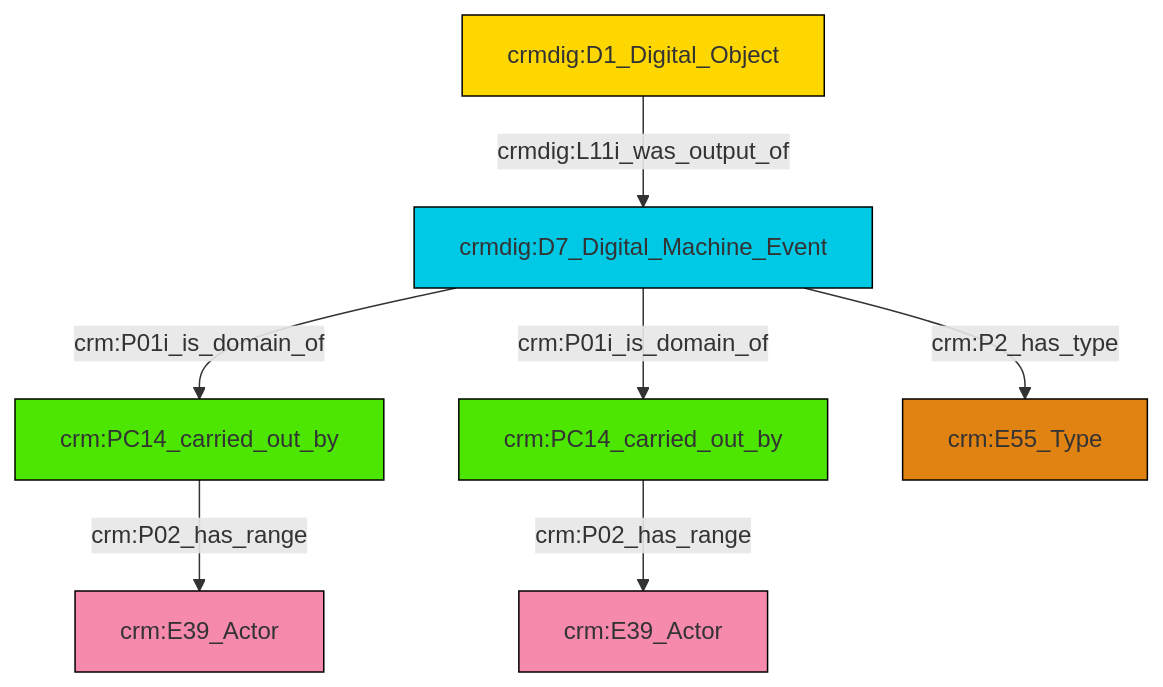
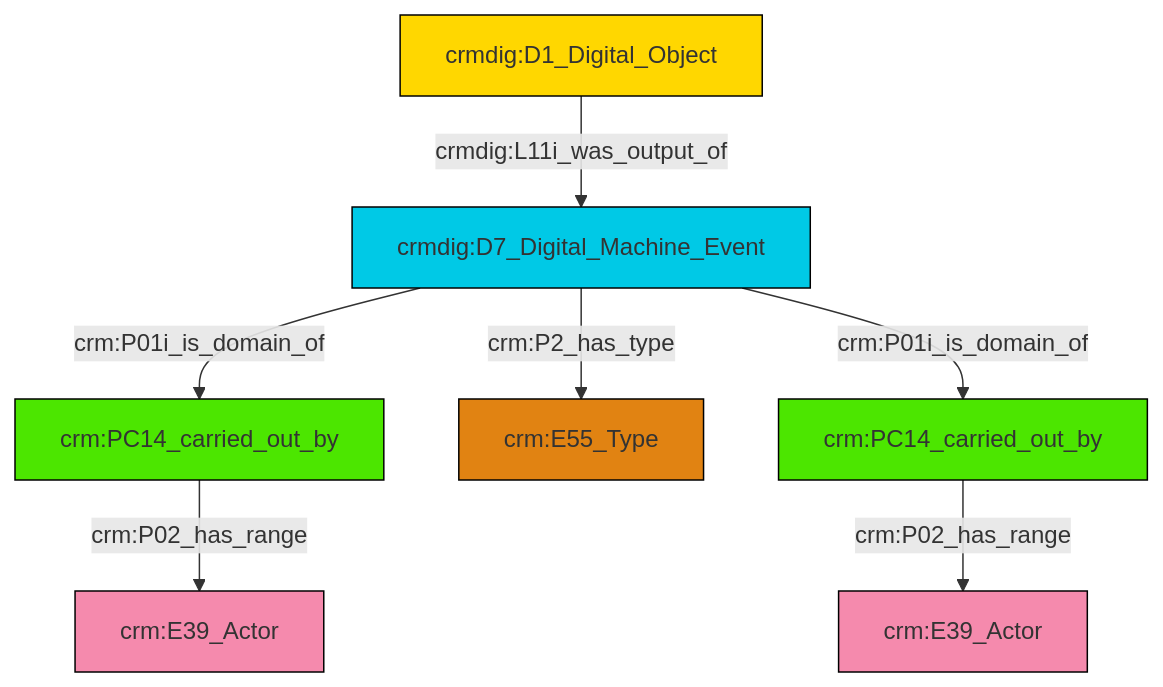
One commit to swiss-art-research-net/reference-data-models changed the diagram in et/doCSV/ttl/mmd/do_actor_relations.ttl.mmd. Above: the diagram before and after it, drawn with Mermaid. The commit also changed 152 other files, not shown here.

```diff
--- a/et/doCSV/ttl/mmd/do_actor_relations.ttl.mmd
+++ b/et/doCSV/ttl/mmd/do_actor_relations.ttl.mmd
@@ -1,21 +1,21 @@
 graph TD
 classDef Literal fill:#f2f2f2,stroke:#000000;
 classDef CRM_Entity fill:#FFFFFF,stroke:#000000;
 classDef Temporal_Entity fill:#00C9E6, stroke:#000000;
 classDef Type fill:#E18312, stroke:#000000;
 classDef Time-Span fill:#2C9C91, stroke:#000000;
 classDef Appellation fill:#FFEB7F, stroke:#000000;
 classDef Place fill:#008836, stroke:#000000;
 classDef Persistent_Item fill:#B266B2, stroke:#000000;
 classDef Conceptual_Object fill:#FFD700, stroke:#000000;
 classDef Physical_Thing fill:#D2B48C, stroke:#000000;
 classDef Actor fill:#f58aad, stroke:#000000;
 classDef PC_Classes fill:#4ce600, stroke:#000000;
 classDef Multi fill:#cccccc,stroke:#000000;
 
-0["crmdig:D7_Digital_Machine_Event"]:::Temporal_Entity -->|crm:P01i_is_domain_of| 1["crm:PC14_carried_out_by"]:::PC_Classes
-0["crmdig:D7_Digital_Machine_Event"]:::Temporal_Entity -->|crm:P2_has_type| 6["crm:E55_Type"]:::Type
-1["crm:PC14_carried_out_by"]:::PC_Classes -->|crm:P02_has_range| 2["crm:E39_Actor"]:::Actor
-0["crmdig:D7_Digital_Machine_Event"]:::Temporal_Entity -->|crm:P01i_is_domain_of| 4["crm:PC14_carried_out_by"]:::PC_Classes
-11["crmdig:D1_Digital_Object"]:::Conceptual_Object -->|crmdig:L11i_was_output_of| 0["crmdig:D7_Digital_Machine_Event"]:::Temporal_Entity
-4["crm:PC14_carried_out_by"]:::PC_Classes -->|crm:P02_has_range| 14["crm:E39_Actor"]:::Actor
+4["crmdig:D7_Digital_Machine_Event"]:::Temporal_Entity -->|crm:P01i_is_domain_of| 6["crm:PC14_carried_out_by"]:::PC_Classes
+6["crm:PC14_carried_out_by"]:::PC_Classes -->|crm:P02_has_range| 0["crm:E39_Actor"]:::Actor
+4["crmdig:D7_Digital_Machine_Event"]:::Temporal_Entity -->|crm:P2_has_type| 7["crm:E55_Type"]:::Type
+4["crmdig:D7_Digital_Machine_Event"]:::Temporal_Entity -->|crm:P01i_is_domain_of| 12["crm:PC14_carried_out_by"]:::PC_Classes
+2["crmdig:D1_Digital_Object"]:::Conceptual_Object -->|crmdig:L11i_was_output_of| 4["crmdig:D7_Digital_Machine_Event"]:::Temporal_Entity
+12["crm:PC14_carried_out_by"]:::PC_Classes -->|crm:P02_has_range| 10["crm:E39_Actor"]:::Actor
```
